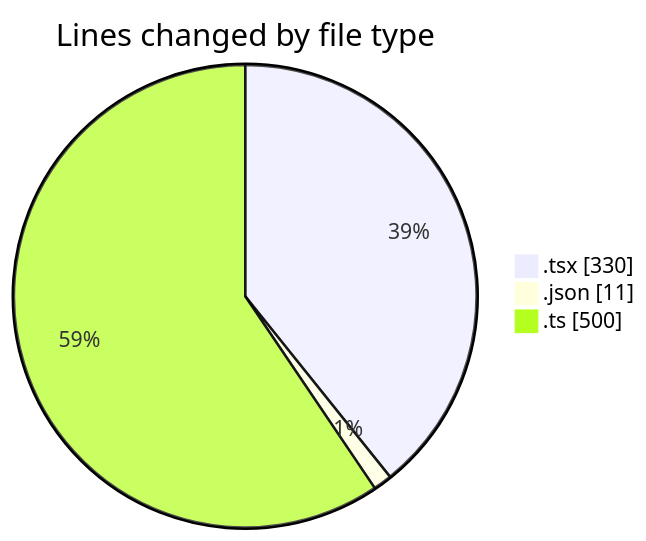
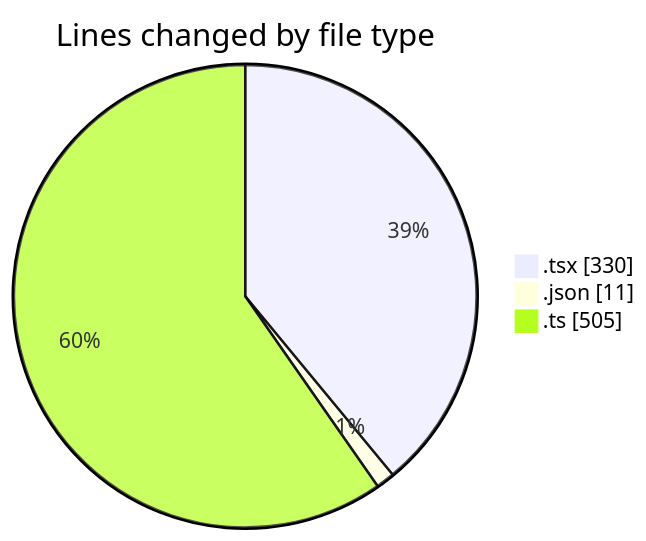
The first of 2 diagrams in 2025-05-12/cda/README.md (momahboobian/code-tracking), drawn with Mermaid before and after one commit. The commit also changed other lines of this file and 1 other file, not shown here.

````diff
--- a/2025-05-12/cda/README.md
+++ b/2025-05-12/cda/README.md
@@ -31,7 +31,7 @@
 ```mermaid
 pie showData
 title Lines changed by file type
 ".tsx" : 330
 ".json" : 11
-".ts" : 500
+".ts" : 505
 ```
````
